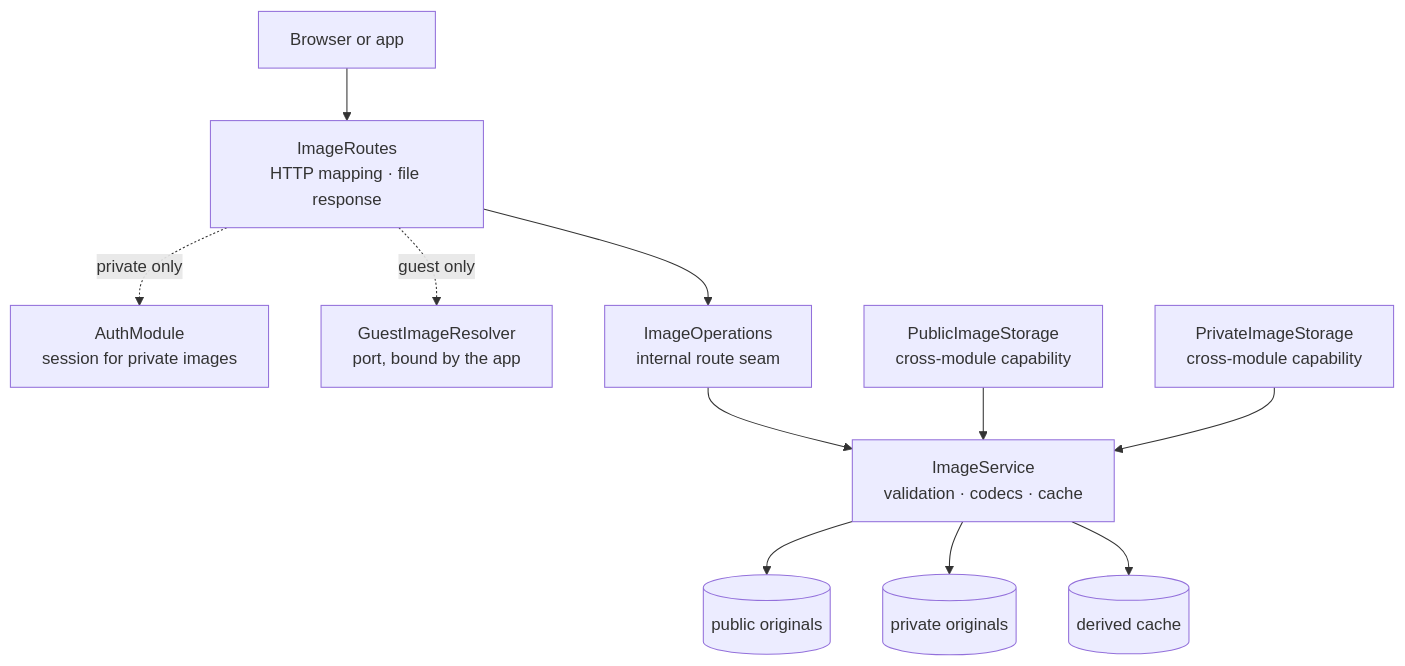
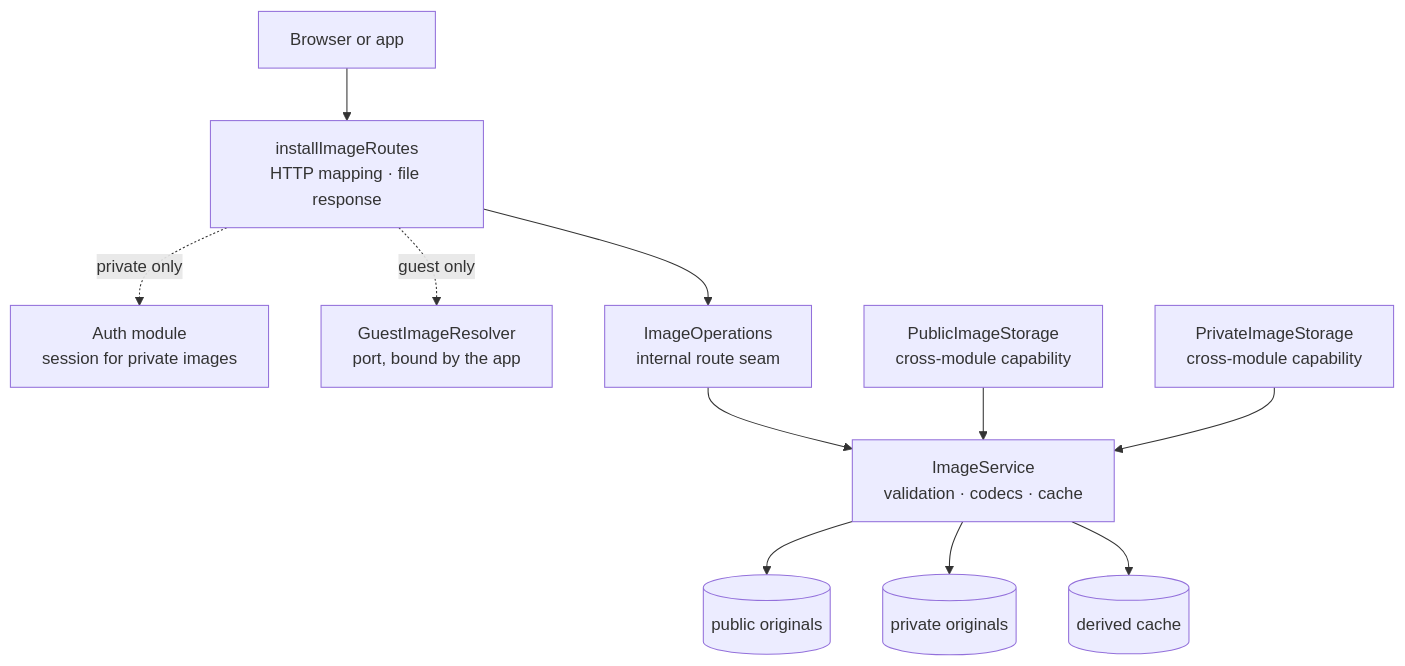
Before and after one commit to bitstorm-tech/voenix-shop-kotlin: the diagram in docs/dev/backend/image-package.md, drawn with Mermaid. The commit also changed other lines of this file and 94 other files, not shown here.

````diff
--- a/docs/dev/backend/image-package.md
+++ b/docs/dev/backend/image-package.md
@@ -26,24 +26,24 @@
 ```mermaid
 flowchart TB
     Client["Browser or app"]
-    Auth["AuthModule<br/>session for private images"]
-    Routes["ImageRoutes<br/>HTTP mapping · file response"]
+    Auth["Auth module<br/>session for private images"]
+    Routes["installImageRoutes<br/>HTTP mapping · file response"]
     Resolver["GuestImageResolver<br/>port, bound by the app"]
     Operations["ImageOperations<br/>internal route seam"]
     Service["ImageService<br/>validation · codecs · cache"]
     PublicStorage["PublicImageStorage<br/>cross-module capability"]
     PrivateStorage["PrivateImageStorage<br/>cross-module capability"]
     PublicRoot[("public originals")]
     PrivateRoot[("private originals")]
     CacheRoot[("derived cache")]
 
     Client --> Routes
     Routes -. private only .-> Auth
     Routes -. guest only .-> Resolver
     Routes --> Operations --> Service
     PublicStorage --> Service
     PrivateStorage --> Service
     Service --> PublicRoot
     Service --> PrivateRoot
     Service --> CacheRoot
 ```
````
